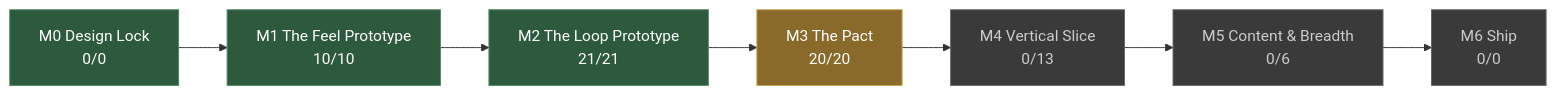
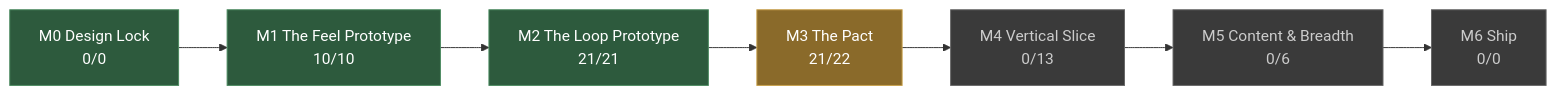
Before and after one commit to JoshuaGessner/she: the diagram in docs/STATUS.md, drawn with Mermaid. The commit also changed other lines of this file and 6 other files, not shown here.

````diff
--- a/docs/STATUS.md
+++ b/docs/STATUS.md
@@ -13,19 +13,19 @@
 ```mermaid
 flowchart LR
   M0["M0 Design Lock<br/>0/0"]:::passed
   M1["M1 The Feel Prototype<br/>10/10"]:::passed
   M0 --> M1
   M2["M2 The Loop Prototype<br/>21/21"]:::passed
   M1 --> M2
-  M3["M3 The Pact<br/>20/20"]:::current
+  M3["M3 The Pact<br/>21/22"]:::current
   M2 --> M3
   M4["M4 Vertical Slice<br/>0/13"]:::ahead
   M3 --> M4
   M5["M5 Content & Breadth<br/>0/6"]:::ahead
   M4 --> M5
   M6["M6 Ship<br/>0/0"]:::ahead
   M5 --> M6
   classDef passed fill:#2d5a3d,stroke:#4a8a5f,color:#fff
   classDef current fill:#8a6a2a,stroke:#c8a04a,color:#fff
   classDef ahead fill:#3a3a3a,stroke:#666,color:#ccc
 ```
````
